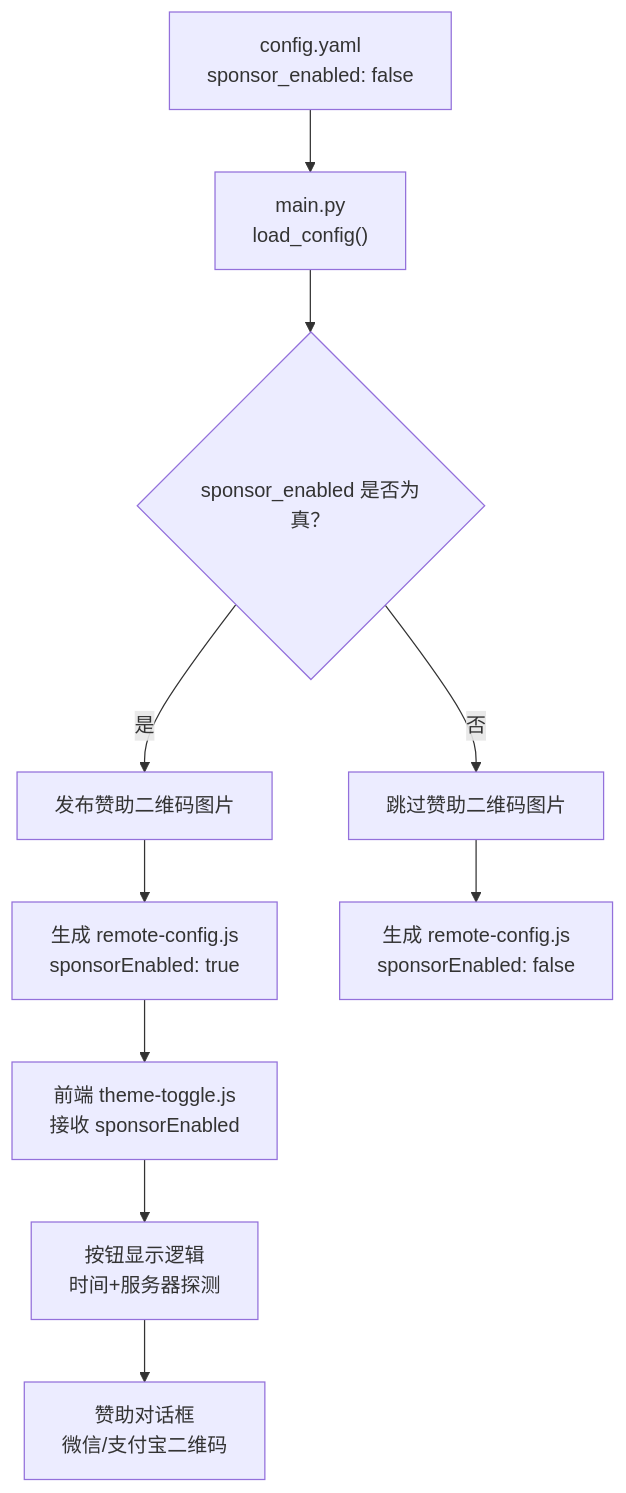
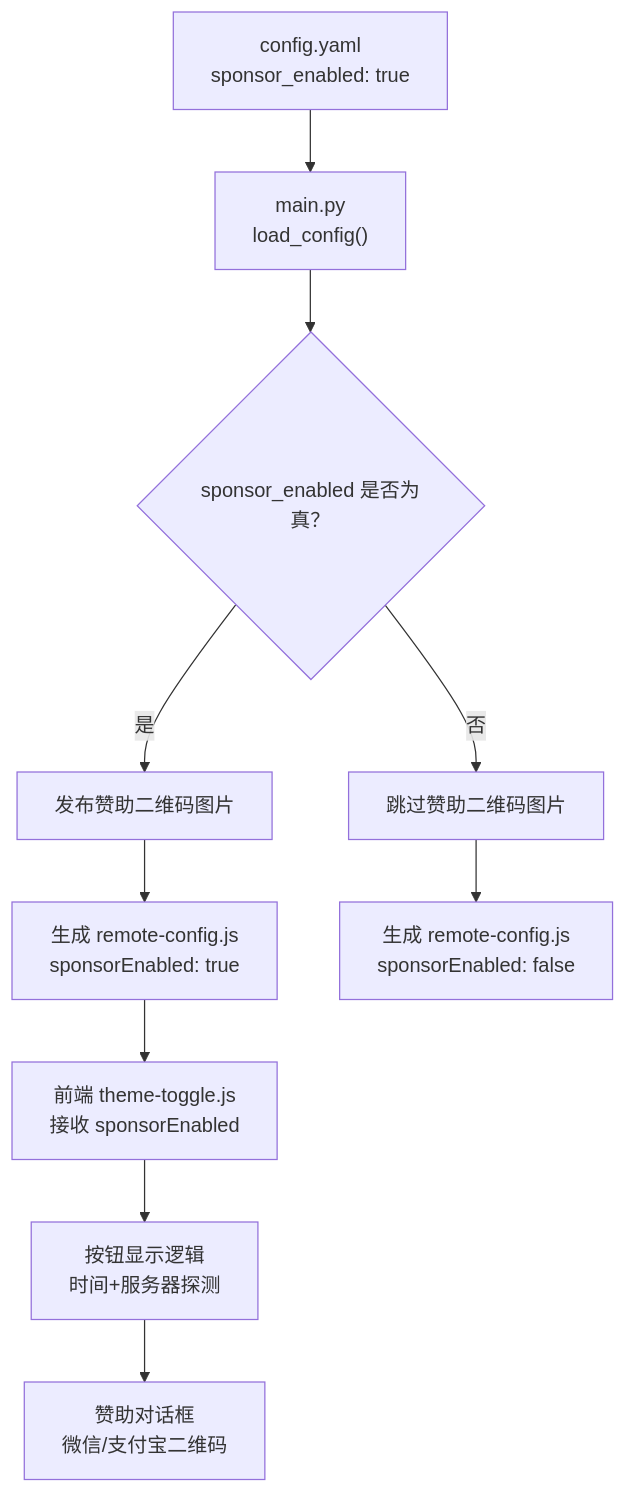
One commit to zhao-zg/cx changed the fourth of 5 diagrams in .qoder/repowiki/zh/content/批量处理系统/配置管理.md. Above: the diagram before and after it, drawn with Mermaid. The commit also changed other lines of this file and 33 other files, not shown here.

````diff
--- a/.qoder/repowiki/zh/content/批量处理系统/配置管理.md
+++ b/.qoder/repowiki/zh/content/批量处理系统/配置管理.md
@@ -221,12 +223,12 @@
 ```mermaid
 flowchart TD
-Config["config.yaml<br/>sponsor_enabled: false"] --> Load["main.py<br/>load_config()"]
+Config["config.yaml<br/>sponsor_enabled: true"] --> Load["main.py<br/>load_config()"]
 Load --> SponsorCheck{"sponsor_enabled 是否为真？"}
 SponsorCheck --> |是| PublishImages["发布赞助二维码图片"]
 SponsorCheck --> |否| SkipImages["跳过赞助二维码图片"]
 PublishImages --> GenerateRemote["生成 remote-config.js<br/>sponsorEnabled: true"]
 SkipImages --> GenerateRemoteFalse["生成 remote-config.js<br/>sponsorEnabled: false"]
 GenerateRemote --> Frontend["前端 theme-toggle.js<br/>接收 sponsorEnabled"]
 Frontend --> ButtonDisplay["按钮显示逻辑<br/>时间+服务器探测"]
 ButtonDisplay --> Dialog["赞助对话框<br/>微信/支付宝二维码"]
 ```
````
